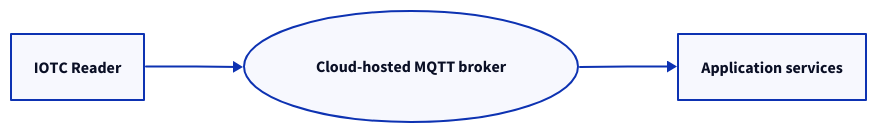
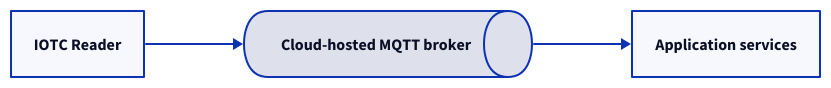
The first of 3 diagrams in docs/fleet/cloud-integration/patterns.md (admiral-ai/zebra-handheld-rfid-iotc), drawn with D2 before and after one commit. The commit also changed other lines of this file and 40 other files, not shown here.

First line of the commit message:
Redesign all 54 D2 diagrams to a unified visual system

````diff
--- a/docs/fleet/cloud-integration/patterns.md
+++ b/docs/fleet/cloud-integration/patterns.md
@@ -16,8 +16,9 @@
 ```d2
 direction: right
 R: IOTC Reader
-B: Cloud-hosted MQTT broker { shape: oval }
+B: Cloud-hosted MQTT broker { shape: queue }
 A: Application services
 R -> B
 B -> A
+
 ```
````
